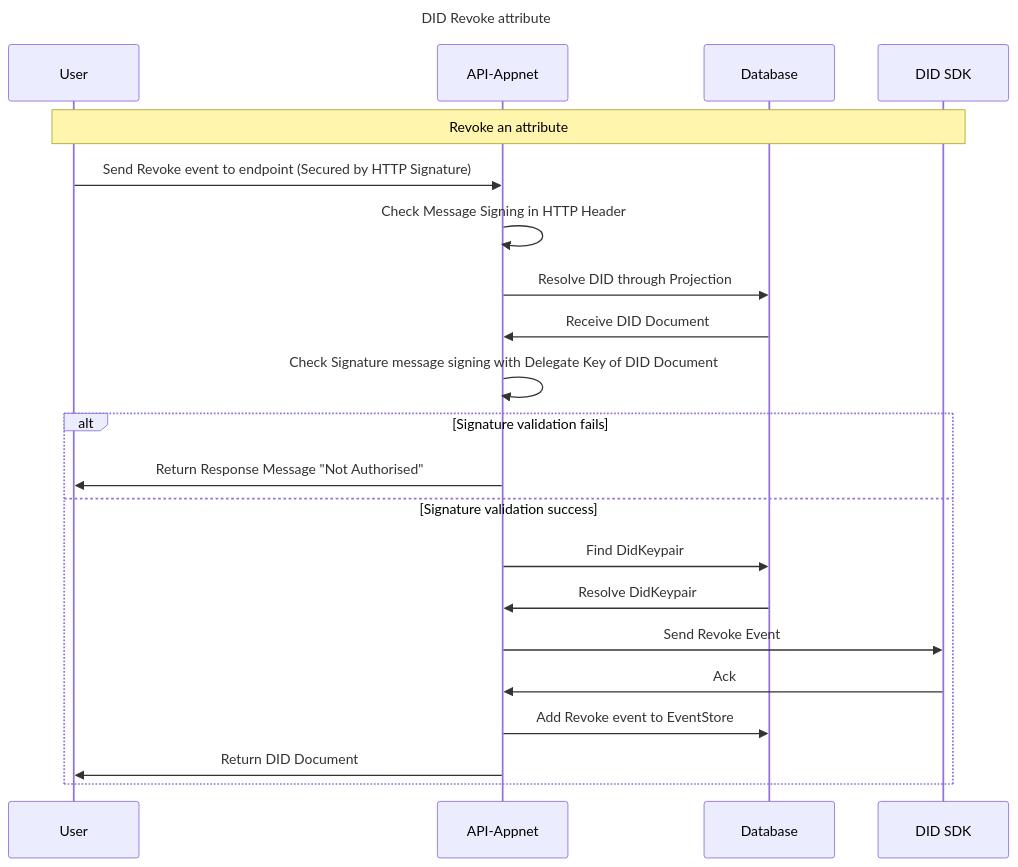
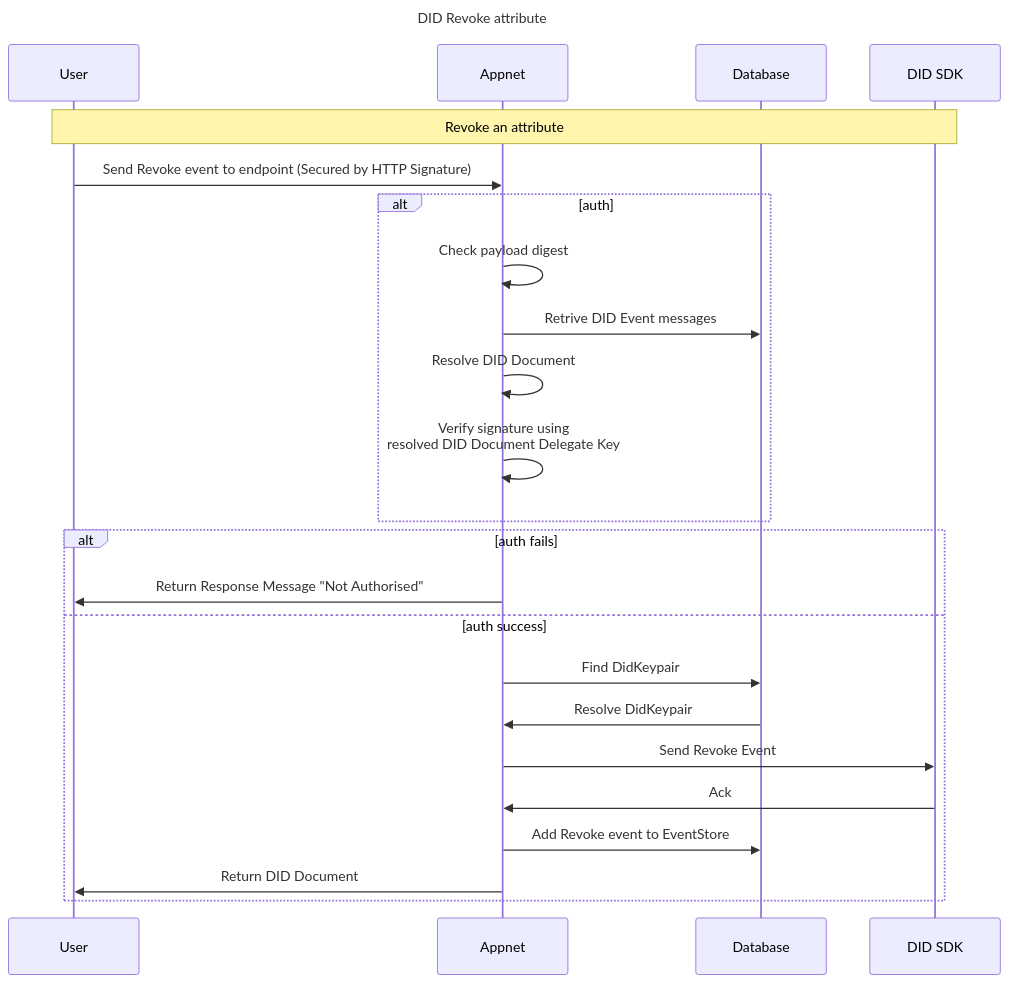
The diagram in documentation/diagrams/did-revoke-attribute.mmd (Meeco/hedera-did-identity-network), drawn with Mermaid before and after one commit.

```diff
--- a/documentation/diagrams/did-revoke-attribute.mmd
+++ b/documentation/diagrams/did-revoke-attribute.mmd
@@ -1,24 +1,26 @@
 sequenceDiagram
 Title: DID Revoke attribute
 
 participant Subject as User
-participant API as API-Appnet
+participant API as Appnet
 participant Database as Database
 participant DIDSDK as DID SDK
 
 note over Subject,DIDSDK: Revoke an attribute
 Subject ->> API: Send Revoke event to endpoint (Secured by HTTP Signature)
-API ->> API: Check Message Signing in HTTP Header
-API ->> Database: Resolve DID through Projection
-Database ->> API: Receive DID Document
-API ->> API: Check Signature message signing with Delegate Key of DID Document
-alt Signature validation fails
+alt auth
+API ->> API: Check payload digest
+API ->> Database: Retrive DID Event messages
+API ->> API: Resolve DID Document
+API ->> API: Verify signature using <br> resolved DID Document Delegate Key
+end 
+alt auth fails
 API ->> Subject: Return Response Message "Not Authorised"
-else Signature validation success
+else auth success
 API ->> Database: Find DidKeypair
 Database ->> API: Resolve DidKeypair
 API ->> DIDSDK: Send Revoke Event
 DIDSDK ->> API: Ack
 API ->> Database: Add Revoke event to EventStore
 API ->> Subject: Return DID Document
 end
```
